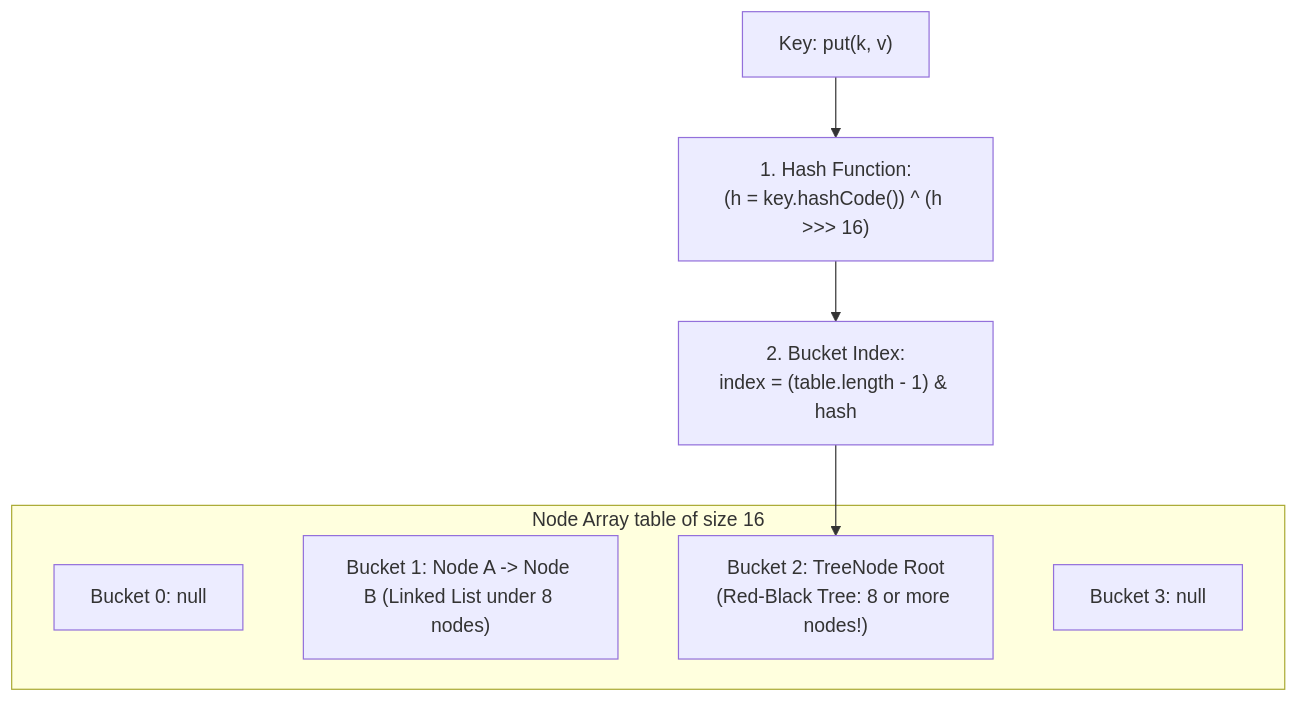
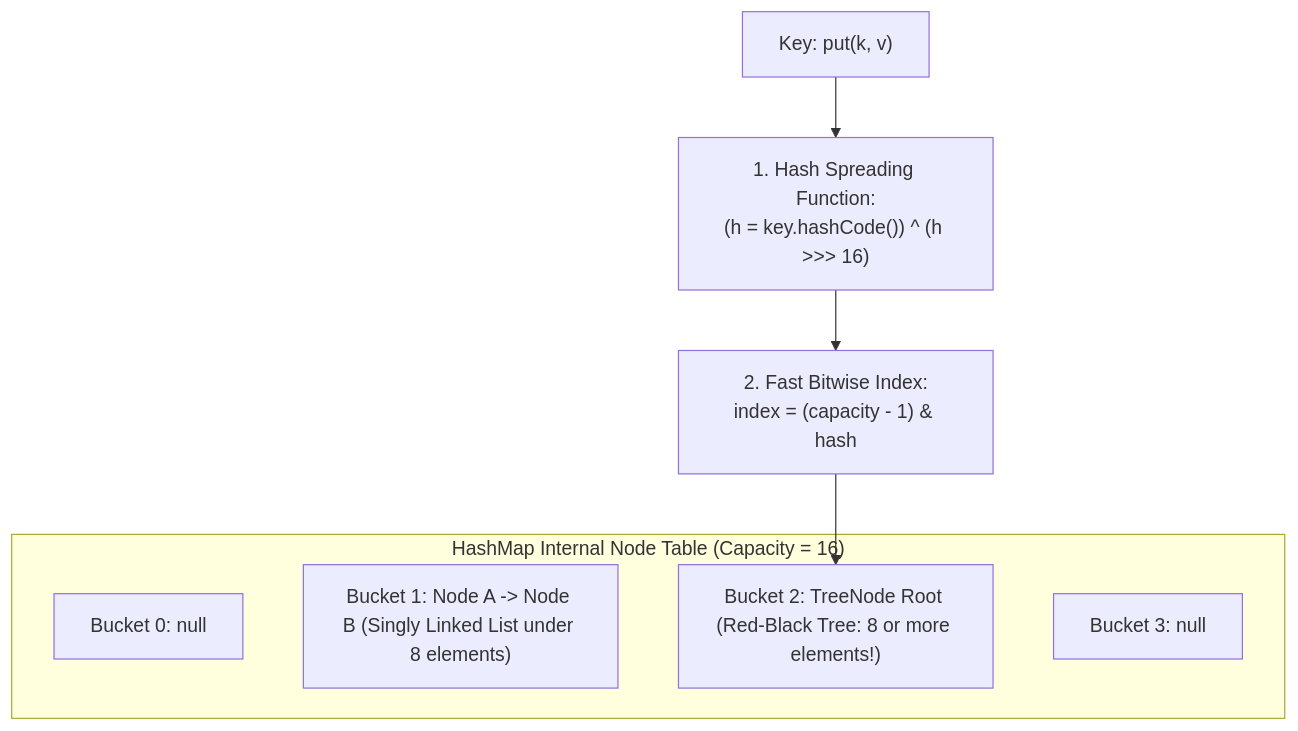
Before and after one commit to weaponxwolf/backend-engineering-mastry: the fourth of 5 diagrams in docs/java/collections-exceptions.mdx, drawn with Mermaid. The commit also changed other lines of this file and 15 other files, not shown here.

````diff
--- a/docs/java/collections-exceptions.mdx
+++ b/docs/java/collections-exceptions.mdx
@@ -63,12 +248,12 @@
 ```mermaid
 graph TD
-    subgraph HashMap Internal Table [Node Array table of size 16]
+    subgraph HashMapInternalTable["HashMap Internal Node Table (Capacity = 16)"]
         B0["Bucket 0: null"]
-        B1["Bucket 1: Node A -> Node B (Linked List under 8 nodes)"]
-        B2["Bucket 2: TreeNode Root<br/>(Red-Black Tree: 8 or more nodes!)"]
+        B1["Bucket 1: Node A -> Node B (Singly Linked List under 8 elements)"]
+        B2["Bucket 2: TreeNode Root (Red-Black Tree: 8 or more elements!)"]
         B3["Bucket 3: null"]
     end
-    K["Key: put(k, v)"] --> H["1. Hash Function:<br/>(h = key.hashCode()) ^ (h >>> 16)"]
-    H --> IDX["2. Bucket Index:<br/>index = (table.length - 1) & hash"]
+    K["Key: put(k, v)"] --> H["1. Hash Spreading Function:<br/>(h = key.hashCode()) ^ (h >>> 16)"]
+    H --> IDX["2. Fast Bitwise Index:<br/>index = (capacity - 1) & hash"]
     IDX --> B2
 ```
````
